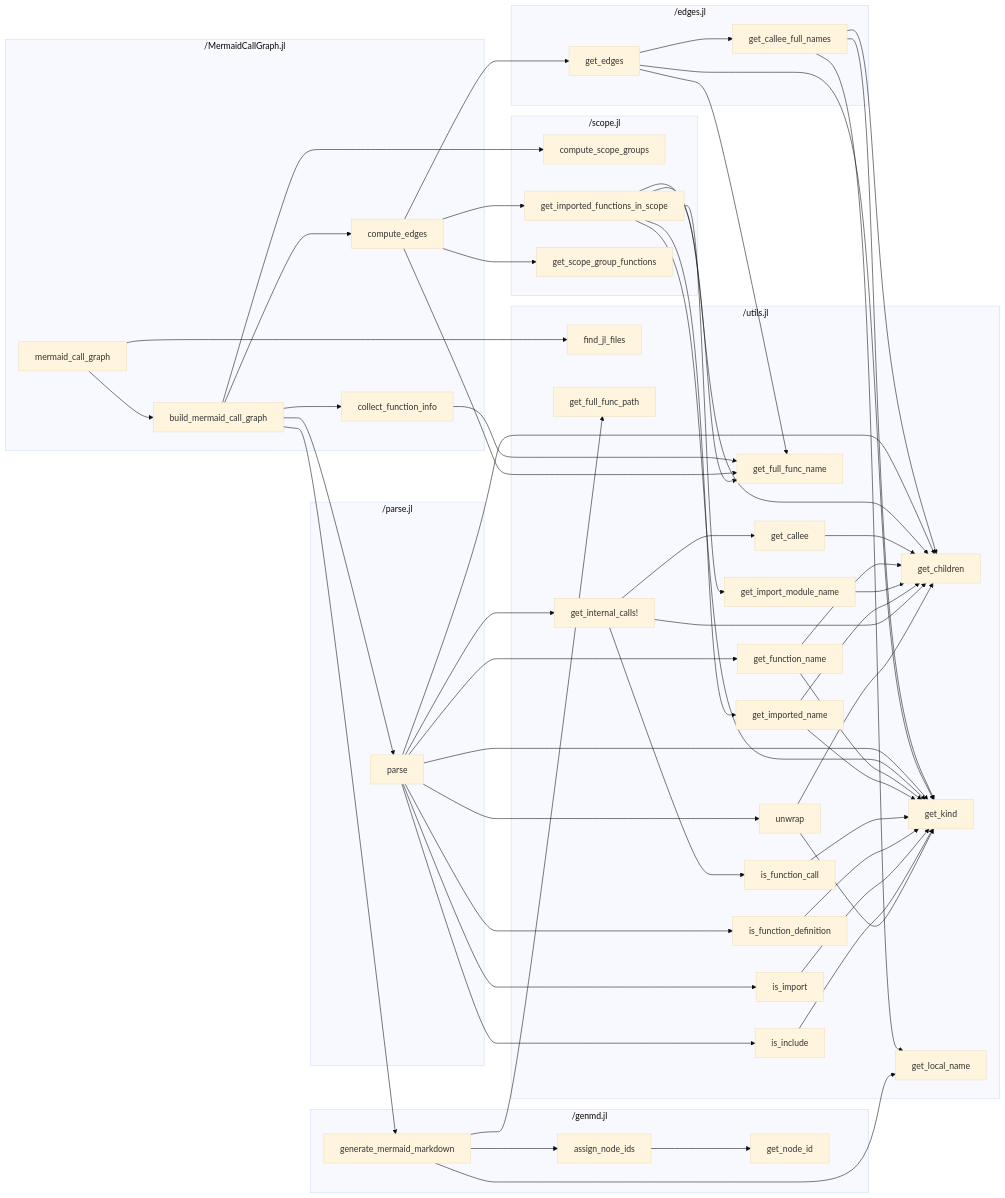
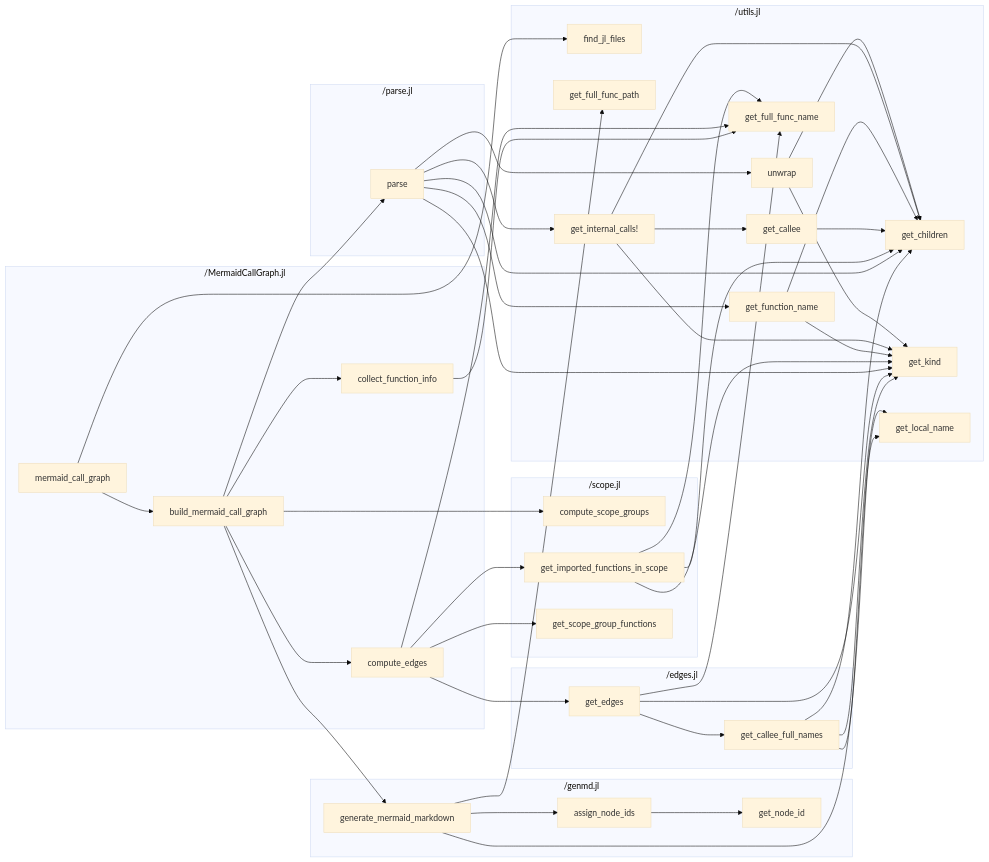
The diagram in test/expected_mermaid_call_graph.md (t-garin/MermaidCallGraph.jl), drawn with Mermaid (base theme) before and after one commit. The commit also changed 3 other files, not shown here.

````diff
--- a/test/expected_mermaid_call_graph.md
+++ b/test/expected_mermaid_call_graph.md
@@ -30,15 +30,9 @@
         _utils_jl_get_full_func_name["get_full_func_name"]
         _utils_jl_get_full_func_path["get_full_func_path"]
         _utils_jl_get_function_name["get_function_name"]
-        _utils_jl_get_import_module_name["get_import_module_name"]
-        _utils_jl_get_imported_name["get_imported_name"]
         _utils_jl_get_internal_calls_["get_internal_calls!"]
         _utils_jl_get_kind["get_kind"]
         _utils_jl_get_local_name["get_local_name"]
-        _utils_jl_is_function_call["is_function_call"]
-        _utils_jl_is_function_definition["is_function_definition"]
-        _utils_jl_is_import["is_import"]
-        _utils_jl_is_include["is_include"]
         _utils_jl_unwrap["unwrap"]
     end
     _MermaidCallGraph_jl_build_mermaid_call_graph --> _MermaidCallGraph_jl_collect_function_info
@@ -67,28 +61,16 @@
     _parse_jl_parse --> _utils_jl_get_function_name
     _parse_jl_parse --> _utils_jl_get_internal_calls_
     _parse_jl_parse --> _utils_jl_get_kind
-    _parse_jl_parse --> _utils_jl_is_function_definition
-    _parse_jl_parse --> _utils_jl_is_import
-    _parse_jl_parse --> _utils_jl_is_include
     _parse_jl_parse --> _utils_jl_unwrap
     _scope_jl_get_imported_functions_in_scope --> _utils_jl_get_children
     _scope_jl_get_imported_functions_in_scope --> _utils_jl_get_full_func_name
-    _scope_jl_get_imported_functions_in_scope --> _utils_jl_get_import_module_name
-    _scope_jl_get_imported_functions_in_scope --> _utils_jl_get_imported_name
     _scope_jl_get_imported_functions_in_scope --> _utils_jl_get_kind
     _utils_jl_get_callee --> _utils_jl_get_children
     _utils_jl_get_function_name --> _utils_jl_get_children
     _utils_jl_get_function_name --> _utils_jl_get_kind
-    _utils_jl_get_import_module_name --> _utils_jl_get_children
-    _utils_jl_get_imported_name --> _utils_jl_get_children
-    _utils_jl_get_imported_name --> _utils_jl_get_kind
     _utils_jl_get_internal_calls_ --> _utils_jl_get_callee
     _utils_jl_get_internal_calls_ --> _utils_jl_get_children
-    _utils_jl_get_internal_calls_ --> _utils_jl_is_function_call
-    _utils_jl_is_function_call --> _utils_jl_get_kind
-    _utils_jl_is_function_definition --> _utils_jl_get_kind
-    _utils_jl_is_import --> _utils_jl_get_kind
-    _utils_jl_is_include --> _utils_jl_get_kind
+    _utils_jl_get_internal_calls_ --> _utils_jl_get_kind
     _utils_jl_unwrap --> _utils_jl_get_children
     _utils_jl_unwrap --> _utils_jl_get_kind
 ```
````
